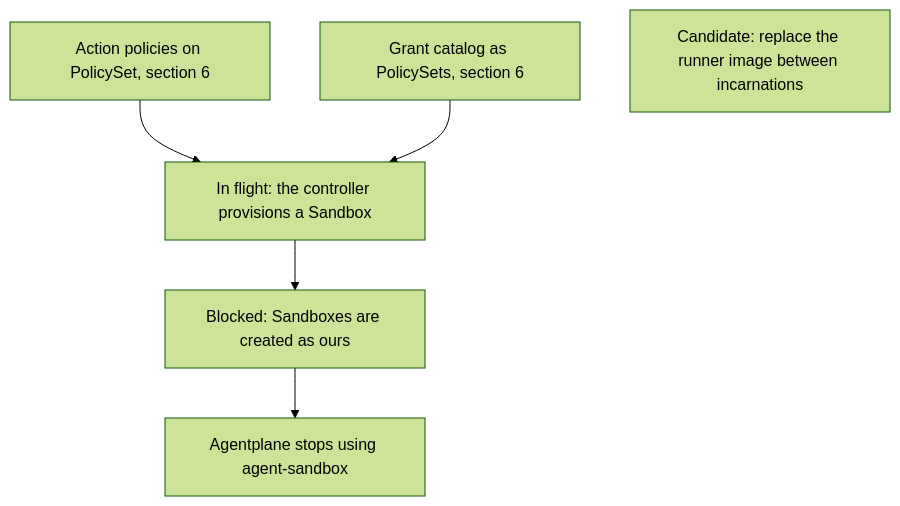
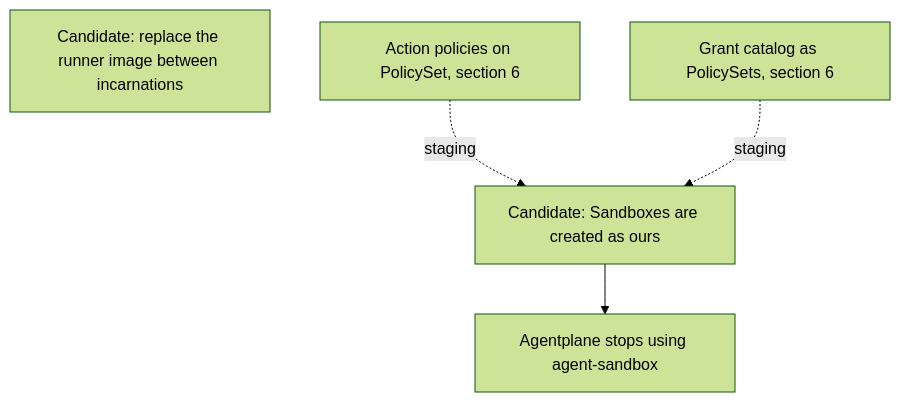
One commit to agentydragon/ducktape changed diagram 11 of 15 in agentplane/plans/task_dag.md. Above: the diagram before and after it, drawn with Mermaid (forest theme). The commit also changed other lines of this file and 14 other files, not shown here.

````diff
--- a/agentplane/plans/task_dag.md
+++ b/agentplane/plans/task_dag.md
@@ -669,10 +669,8 @@
 ```mermaid
 flowchart TD
-    SANDBOX_CONTROLLER_PROVISIONING[In flight: the controller provisions a Sandbox]
-    ACTION_POLICY_MIGRATE[Action policies on PolicySet, section 6] --> SANDBOX_CONTROLLER_PROVISIONING
-    KUBERNETES_POLICY_SETS[Grant catalog as PolicySets, section 6] --> SANDBOX_CONTROLLER_PROVISIONING
     SANDBOX_IMAGE_REPLACE[Candidate: replace the runner image between incarnations]
-    SANDBOX_CREATE_CUTOVER[Blocked: Sandboxes are created as ours]
-    SANDBOX_CONTROLLER_PROVISIONING --> SANDBOX_CREATE_CUTOVER
+    SANDBOX_CREATE_CUTOVER[Candidate: Sandboxes are created as ours]
+    ACTION_POLICY_MIGRATE[Action policies on PolicySet, section 6] -. staging .-> SANDBOX_CREATE_CUTOVER
+    KUBERNETES_POLICY_SETS[Grant catalog as PolicySets, section 6] -. staging .-> SANDBOX_CREATE_CUTOVER
     SANDBOX_CREATE_CUTOVER --> AGENT_SANDBOX_RETIRE[Agentplane stops using agent-sandbox]
 ```
````
